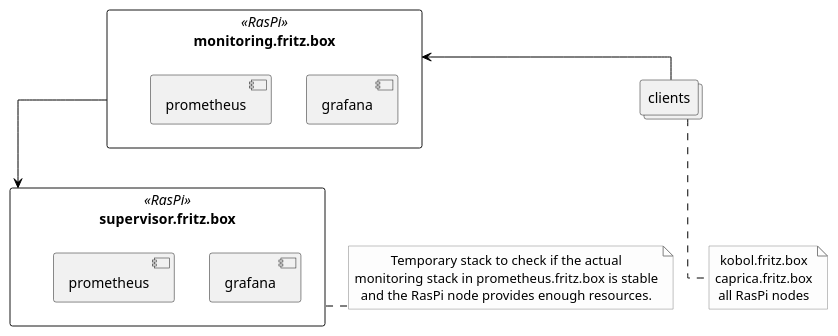
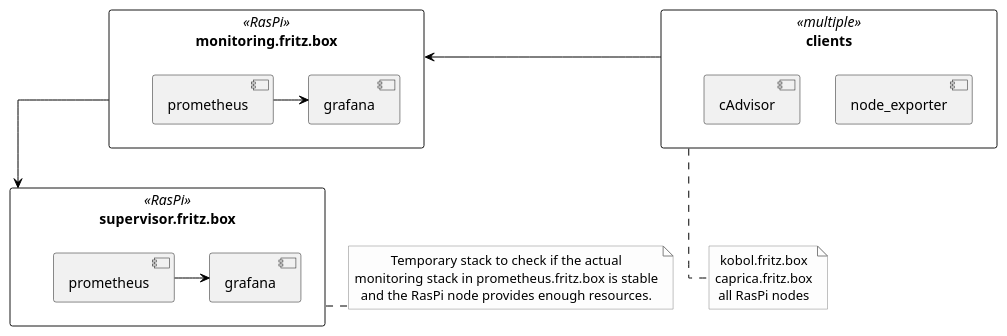
Before and after one commit to sommerfeld-io-archive/configs: the diagram in docs/modules/ROOT/assets/images/bash-docs/services-cli-monitoring.puml, drawn with PlantUML.

Commit message:
added exporters to clients

```diff
--- a/docs/modules/ROOT/assets/images/bash-docs/services-cli-monitoring.puml
+++ b/docs/modules/ROOT/assets/images/bash-docs/services-cli-monitoring.puml
@@ -1,32 +1,37 @@
 @startuml monitoring
 
 skinparam linetype ortho
 skinparam monochrome false
 skinparam componentStyle uml2
 skinparam backgroundColor #fff
 skinparam ArrowColor black
 skinparam NoteBorderColor Grey
 skinparam NoteBackgroundColor #fdfdfd
 skinparam defaultTextAlignment center
 skinparam activity {
 FontName Ubuntu
 }
 
 rectangle monitoring as "monitoring.fritz.box" <<RasPi>> {
   component grafana
   component prometheus
+  prometheus -> grafana
 }
 
 rectangle supervisor as "supervisor.fritz.box" <<RasPi>> {
   component tmp_grafana as "grafana"
   component tmp_prometheus as "prometheus"
+  tmp_prometheus -> tmp_grafana
 }
 note right of supervisor: Temporary stack to check if the actual\nmonitoring stack in prometheus.fritz.box is stable\nand the RasPi node provides enough resources.
 
-collections clients
+rectangle clients <<multiple>> {
+  component node_exporter
+  component cAdvisor
+}
 note bottom of clients: kobol.fritz.box\ncaprica.fritz.box\nall RasPi nodes
 
 clients -left-> monitoring
 monitoring -down-> supervisor
 
 @enduml
```
